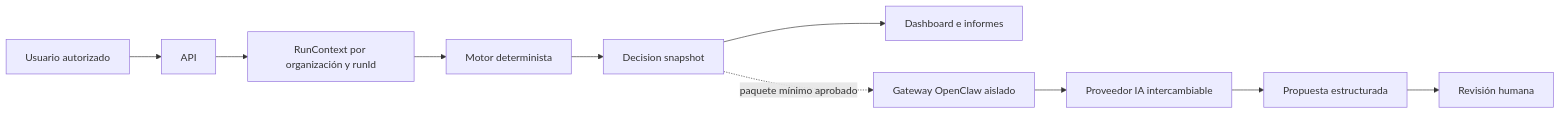
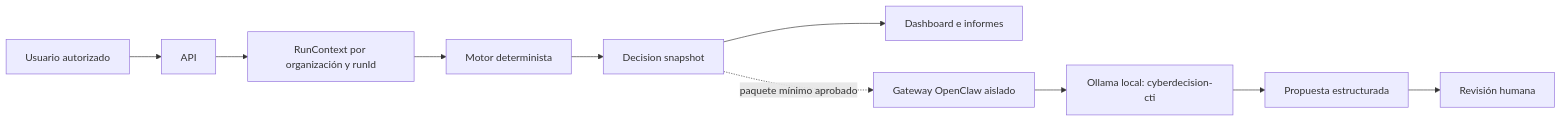
Before and after one commit to sr-maximus/CyberDecisionEngine: the diagram in docs/arquitectura/openclaw-cyberdecision.md, drawn with Mermaid. The commit also changed other lines of this file and 116 other files, not shown here.

````diff
--- a/docs/arquitectura/openclaw-cyberdecision.md
+++ b/docs/arquitectura/openclaw-cyberdecision.md
@@ -7,12 +7,12 @@
 ```mermaid
 flowchart LR
     UI["Usuario autorizado"] --> API["API"]
     API --> RC["RunContext por organización y runId"]
     RC --> D["Motor determinista"]
     D --> S["Decision snapshot"]
     S --> R["Dashboard e informes"]
     S -. "paquete mínimo aprobado" .-> G["Gateway OpenClaw aislado"]
-    G --> M["Proveedor IA intercambiable"]
+    G --> M["Ollama local: cyberdecision-cti"]
     M --> P["Propuesta estructurada"]
     P --> H["Revisión humana"]
 ```
````
